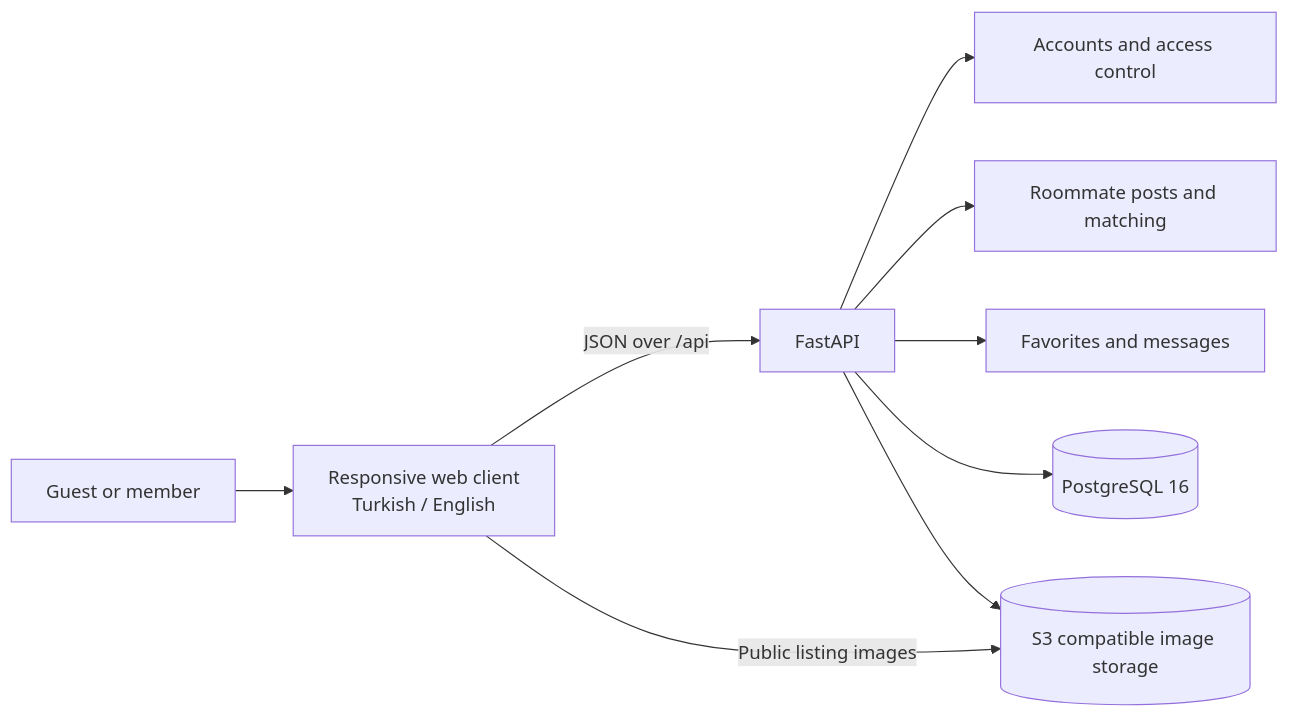
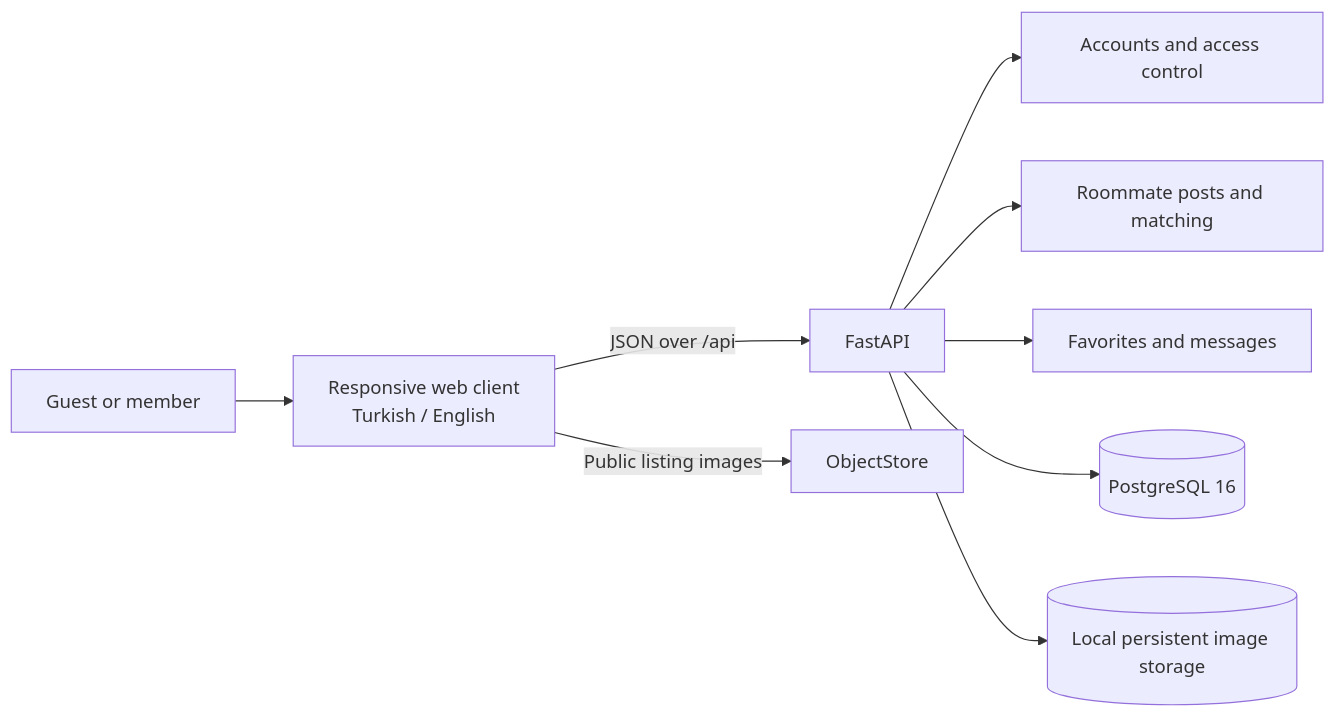
Before and after one commit to hidircan0/HomeMatch: the first of 2 diagrams in README.md, drawn with Mermaid. The commit also changed other lines of this file and 7 other files, not shown here.

Commit message:
made minio preferance over local unbucketed storage

````diff
--- a/README.md
+++ b/README.md
@@ -7,11 +7,11 @@
 ```mermaid
 flowchart LR
     Guest[Guest or member] --> Web[Responsive web client\nTurkish / English]
     Web -->|JSON over /api| API[FastAPI]
     API --> Auth[Accounts and access control]
     API --> Posts[Roommate posts and matching]
     API --> Chat[Favorites and messages]
     API --> DB[(PostgreSQL 16)]
-    API --> ObjectStore[(S3 compatible image storage)]
+    API --> Uploads[(Local persistent image storage)]
     Web -->|Public listing images| ObjectStore
 ```
````
